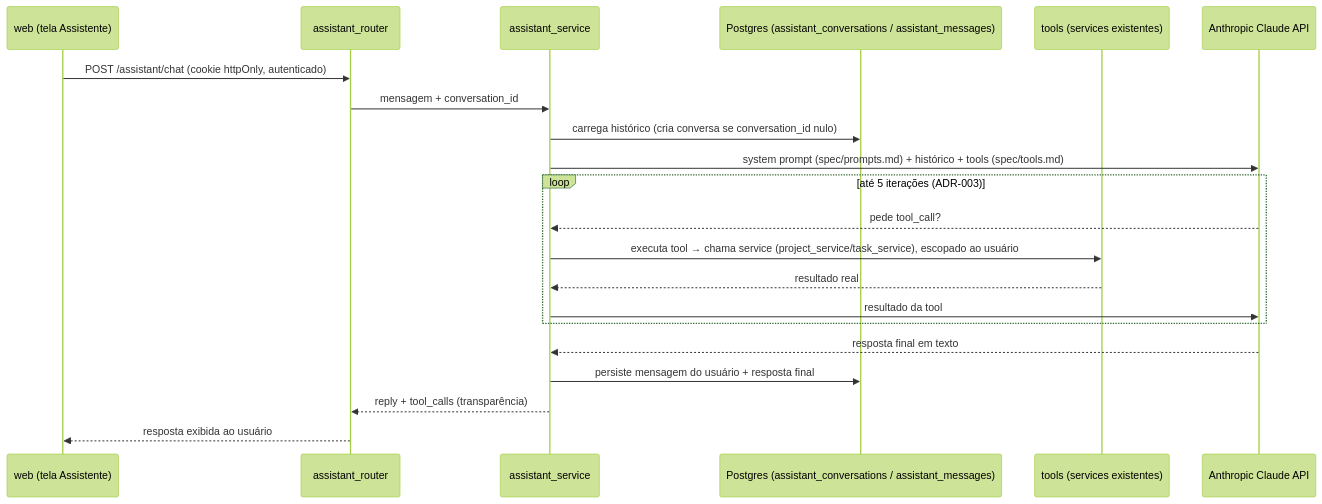
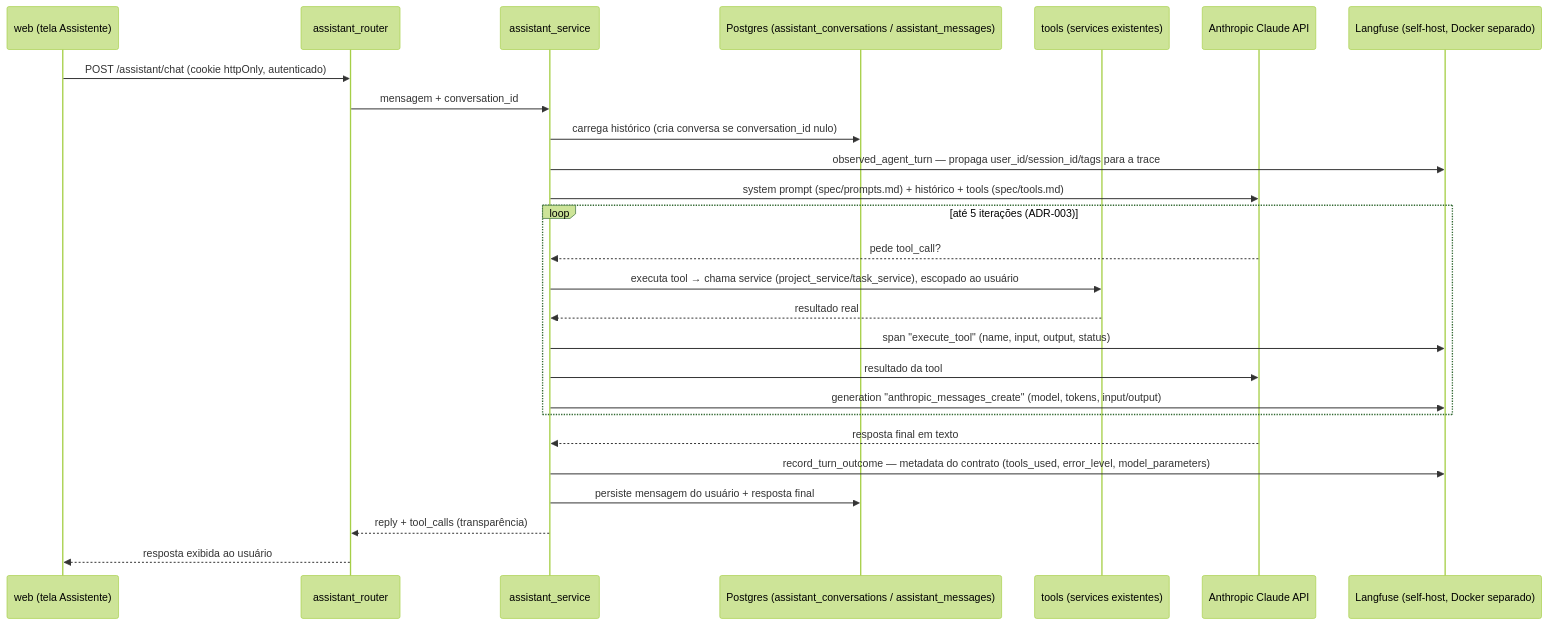
One commit to leondilj/TestUEX changed the second of 2 diagrams in spec/architecture.md. Above: the diagram before and after it, drawn with Mermaid (forest theme). The commit also changed other lines of this file and 2 other files, not shown here.

Commit message:
create hooks

````diff
--- a/spec/architecture.md
+++ b/spec/architecture.md
@@ -31,24 +31,29 @@
 ```mermaid
 sequenceDiagram
     participant W as web (tela Assistente)
     participant AR as assistant_router
     participant AS as assistant_service
     participant DB as Postgres (assistant_conversations / assistant_messages)
     participant T as tools (services existentes)
     participant C as Anthropic Claude API
+    participant LF as Langfuse (self-host, Docker separado)
 
     W->>AR: POST /assistant/chat (cookie httpOnly, autenticado)
     AR->>AS: mensagem + conversation_id
     AS->>DB: carrega histórico (cria conversa se conversation_id nulo)
+    AS->>LF: observed_agent_turn — propaga user_id/session_id/tags para a trace
     AS->>C: system prompt (spec/prompts.md) + histórico + tools (spec/tools.md)
     loop até 5 iterações (ADR-003)
         C-->>AS: pede tool_call?
         AS->>T: executa tool → chama service (project_service/task_service), escopado ao usuário
         T-->>AS: resultado real
+        AS->>LF: span "execute_tool" (name, input, output, status)
         AS->>C: resultado da tool
+        AS->>LF: generation "anthropic_messages_create" (model, tokens, input/output)
     end
     C-->>AS: resposta final em texto
+    AS->>LF: record_turn_outcome — metadata do contrato (tools_used, error_level, model_parameters)
     AS->>DB: persiste mensagem do usuário + resposta final
     AS-->>AR: reply + tool_calls (transparência)
     AR-->>W: resposta exibida ao usuário
 ```
````
